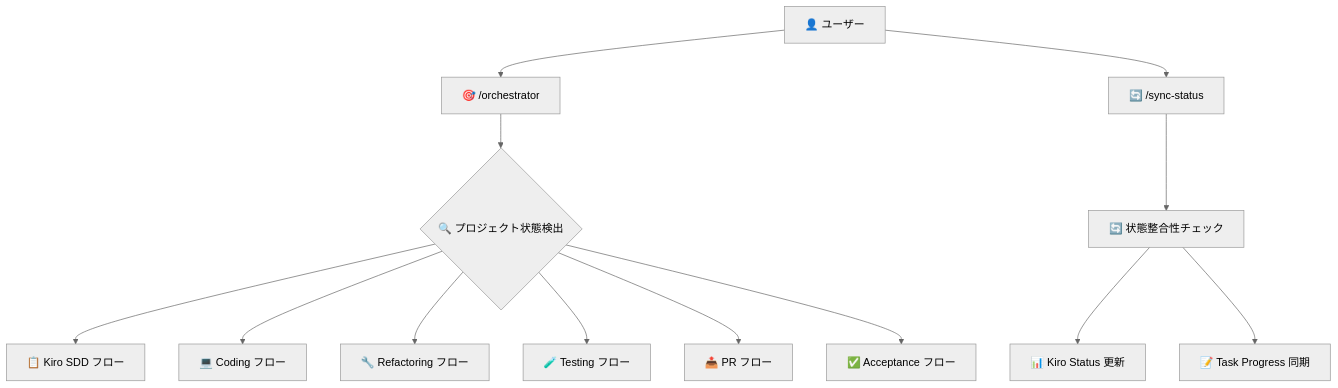
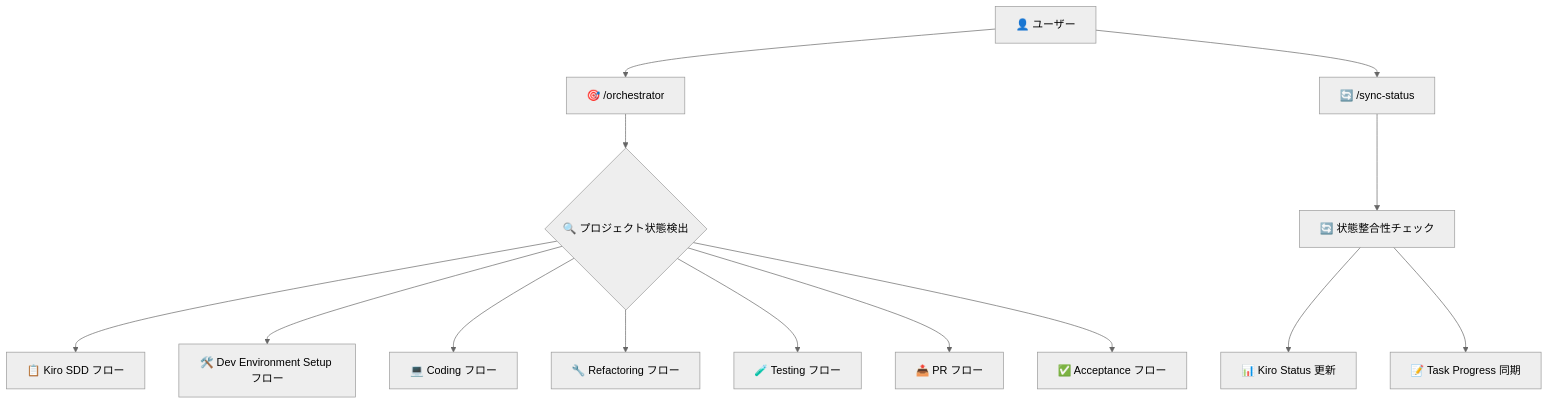
The first of 10 diagrams in docs/design/ARCHITECTURE.md (s-hiraoku/b2b-design-system), drawn with Mermaid (neutral theme) before and after one commit. The commit also changed other lines of this file, not shown here.

````diff
--- a/docs/design/ARCHITECTURE.md
+++ b/docs/design/ARCHITECTURE.md
@@ -21,20 +21,21 @@
 ```mermaid
 graph TD
     User[👤 ユーザー] --> Orchestrator[🎯 /orchestrator]
     User --> SyncStatus[🔄 /sync-status]
 
     Orchestrator --> StateDetection{🔍 プロジェクト状態検出}
 
     %% 各フェーズへの委任
     StateDetection --> KiroFlow[📋 Kiro SDD フロー]
+    StateDetection --> DevEnvFlow[🛠️ Dev Environment Setup フロー]
     StateDetection --> CodingFlow[💻 Coding フロー]
     StateDetection --> RefactorFlow[🔧 Refactoring フロー]
     StateDetection --> TestFlow[🧪 Testing フロー]
     StateDetection --> PRFlow[📤 PR フロー]
     StateDetection --> AcceptanceFlow[✅ Acceptance フロー]
 
     %% 状態同期
     SyncStatus --> StateSync[🔄 状態整合性チェック]
     StateSync --> KiroStatus[📊 Kiro Status 更新]
     StateSync --> TaskProgress[📝 Task Progress 同期]
 ```
````
